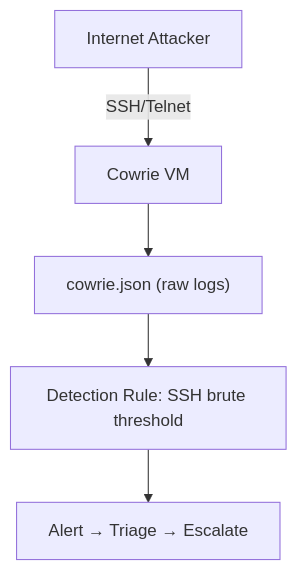
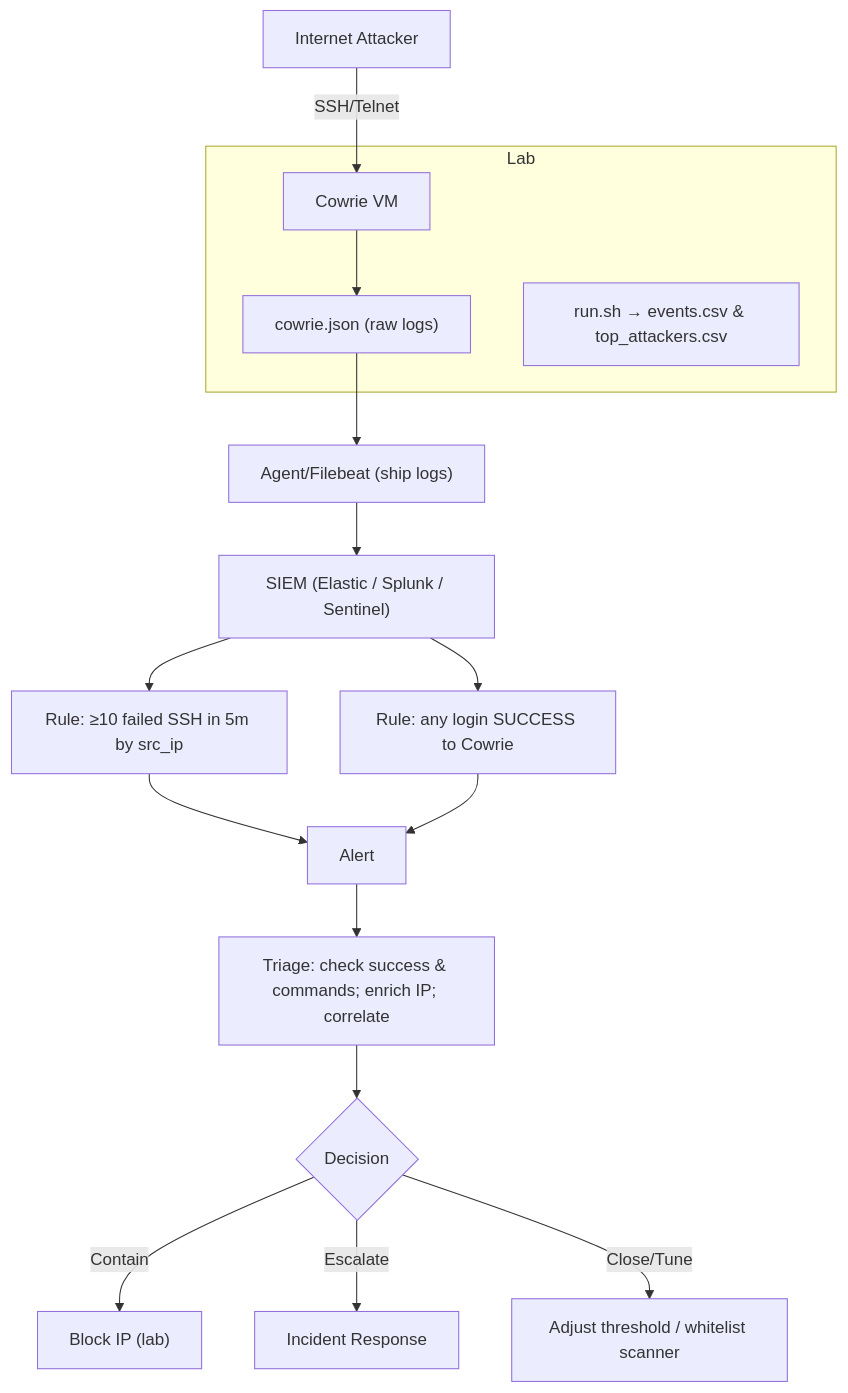
One commit to kanootsaeed/cybersecurity-projects- changed the diagram in honeypot-cowrie/README.md. Above: the diagram before and after it, drawn with Mermaid.

````diff
--- a/honeypot-cowrie/README.md
+++ b/honeypot-cowrie/README.md
@@ -10,7 +10,25 @@
 ```mermaid
 flowchart TD
 A["Internet Attacker"] -->|SSH/Telnet| B["Cowrie VM"];
-B --> C["cowrie.json (raw logs)"];
-C --> D["Detection Rule: SSH brute threshold"];
-D --> E["Alert → Triage → Escalate"];
+subgraph Lab
+  B
+  C["cowrie.json (raw logs)"]
+  O["run.sh → events.csv & top_attackers.csv"]
+end
+B --> C;
+C --> D["Agent/Filebeat (ship logs)"];
+D --> E["SIEM (Elastic / Splunk / Sentinel)"];
+
+%% Two concrete detections
+E --> R1["Rule: ≥10 failed SSH in 5m by src_ip"];
+E --> R2["Rule: any login SUCCESS to Cowrie"];
+
+R1 --> F["Alert"];
+R2 --> F;
+F --> G["Triage: check success & commands; enrich IP; correlate"];
+
+G --> H{"Decision"};
+H -->|Contain| I["Block IP (lab)"];
+H -->|Escalate| J["Incident Response"];
+H -->|Close/Tune| K["Adjust threshold / whitelist scanner"];
 ```
````
